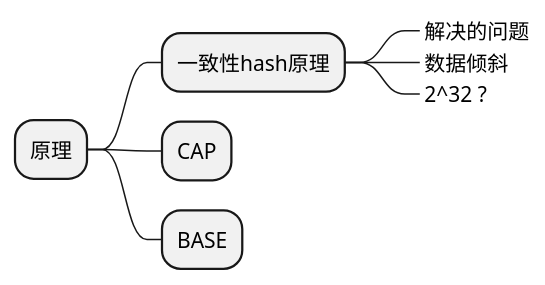
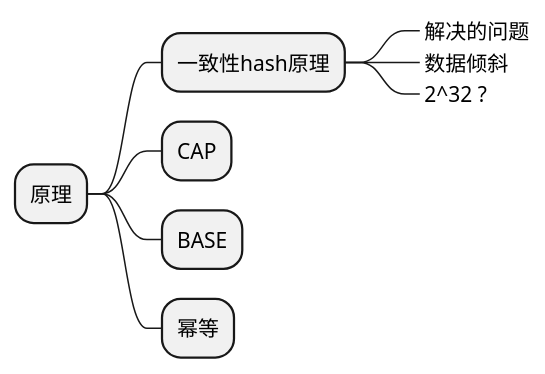
One commit to Gh0st99/Gh0st99.github.io changed the seventh of 7 diagrams in _posts/2021-05-27-查漏补缺.md. Above: the diagram before and after it, drawn with PlantUML. The commit also changed other lines of this file, not shown here.

````diff
--- a/_posts/2021-05-27-查漏补缺.md
+++ b/_posts/2021-05-27-查漏补缺.md
@@ -197,13 +312,15 @@
 ```plantuml
 @startmindmap
 * 原理
 ** 一致性hash原理
 ***_ 解决的问题
 ***_ 数据倾斜
 ***_ 2^32 ?
 
 ** CAP
 
 ** BASE
+
+** 幂等
 @endmindmap
 ```
````
